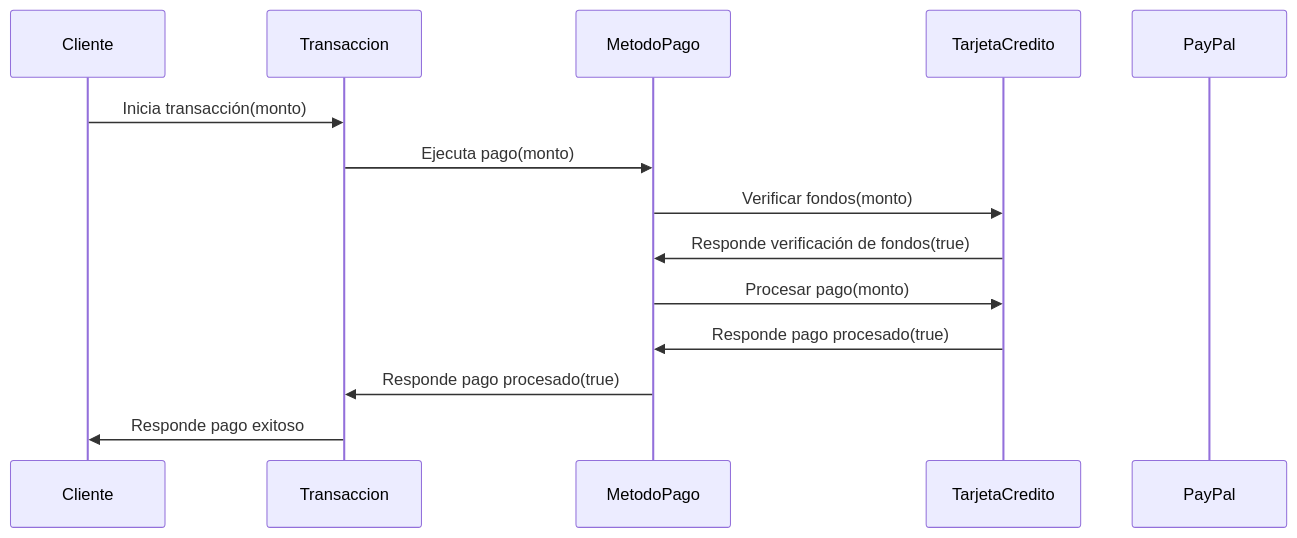
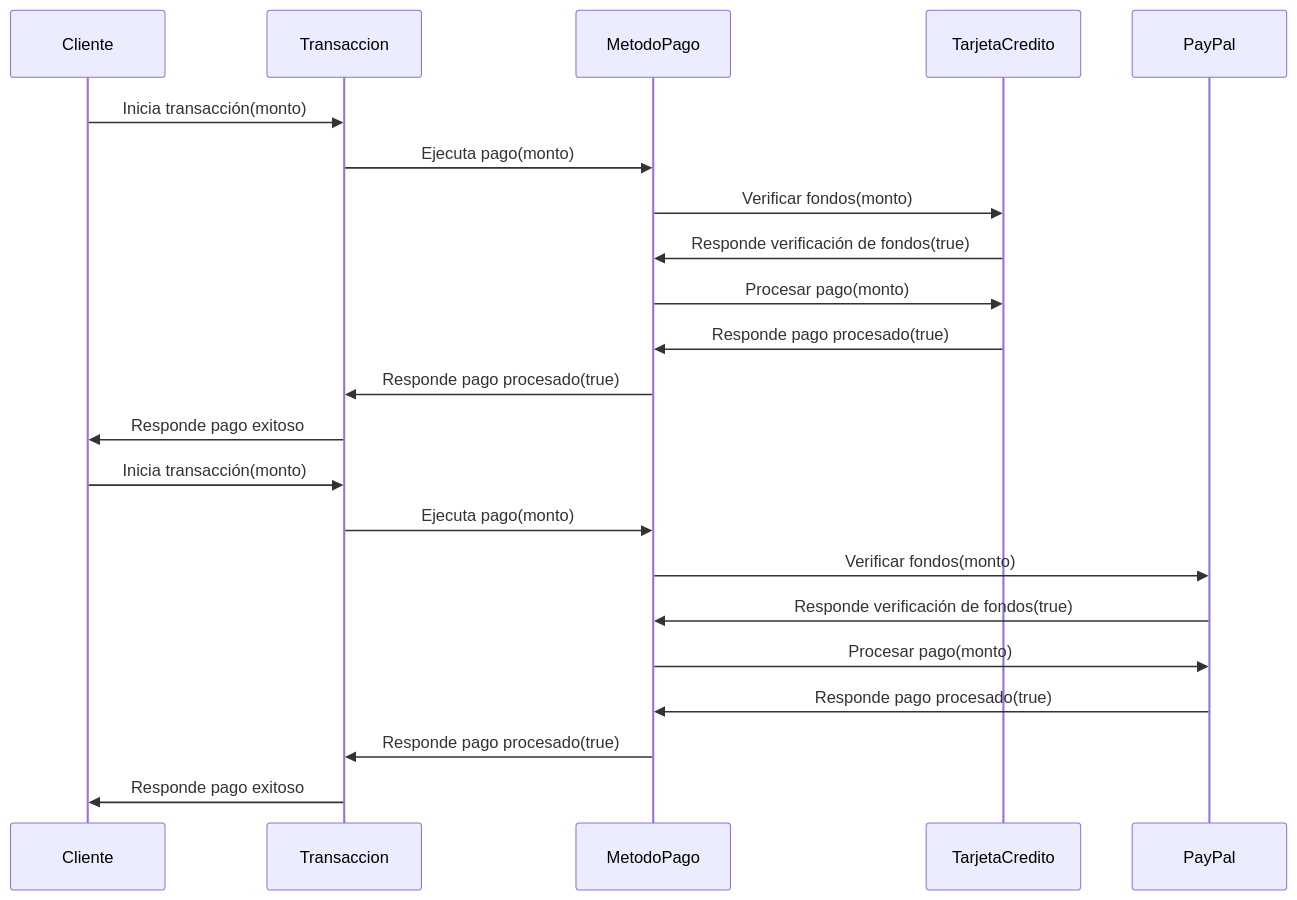
The third of 3 diagrams in 1-02-Concepto_y_aplicacion_de_la_abstraccion_en_POO.md (ayepat1/AOO), drawn with Mermaid before and after one commit. The commit also changed other lines of this file, not shown here.

````diff
--- a/1-02-Concepto_y_aplicacion_de_la_abstraccion_en_POO.md
+++ b/1-02-Concepto_y_aplicacion_de_la_abstraccion_en_POO.md
@@ -157,17 +159,28 @@
 ```mermaid
 sequenceDiagram
     participant Cliente
     participant Transaccion
     participant MetodoPago
     participant TarjetaCredito
     participant PayPal
     
+    %% Caso con Tarjeta de Crédito
     Cliente->>Transaccion: Inicia transacción(monto)
     Transaccion->>MetodoPago: Ejecuta pago(monto)
     MetodoPago->>TarjetaCredito: Verificar fondos(monto)
     TarjetaCredito->>MetodoPago: Responde verificación de fondos(true)
     MetodoPago->>TarjetaCredito: Procesar pago(monto)
     TarjetaCredito->>MetodoPago: Responde pago procesado(true)
     MetodoPago->>Transaccion: Responde pago procesado(true)
     Transaccion->>Cliente: Responde pago exitoso
+    
+    %% Caso con PayPal
+    Cliente->>Transaccion: Inicia transacción(monto)
+    Transaccion->>MetodoPago: Ejecuta pago(monto)
+    MetodoPago->>PayPal: Verificar fondos(monto)
+    PayPal->>MetodoPago: Responde verificación de fondos(true)
+    MetodoPago->>PayPal: Procesar pago(monto)
+    PayPal->>MetodoPago: Responde pago procesado(true)
+    MetodoPago->>Transaccion: Responde pago procesado(true)
+    Transaccion->>Cliente: Responde pago exitoso
 ```
````
